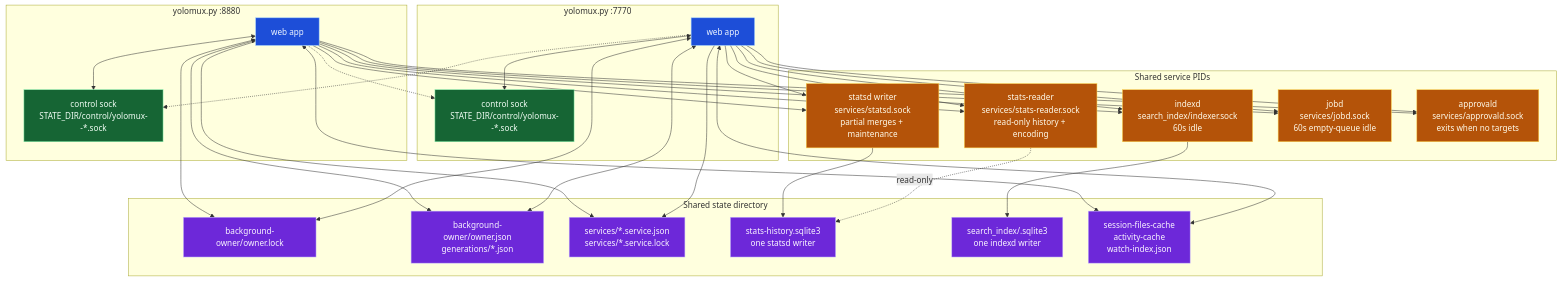
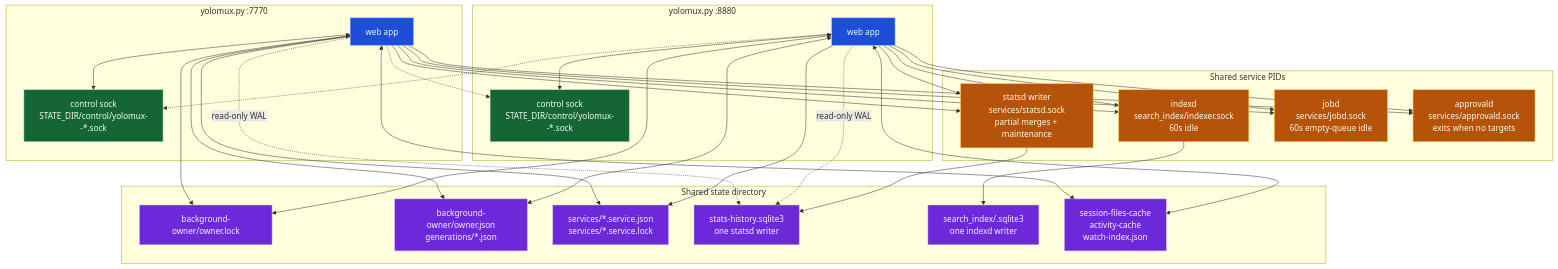
The third of 3 diagrams in README.md (keivenchang/yolomux), drawn with Mermaid before and after one commit. The commit also changed other lines of this file and 11 other files, not shown here.

````diff
--- a/README.md
+++ b/README.md
@@ -158,62 +156,60 @@
 ```mermaid
 flowchart TB
   subgraph p1["yolomux.py :8880"]
     app1["web app"]
     sock1["control sock\nSTATE_DIR/control/yolomux-<pid>-*.sock"]
   end
   subgraph p2["yolomux.py :7770"]
     app2["web app"]
     sock2["control sock\nSTATE_DIR/control/yolomux-<pid>-*.sock"]
   end
 
   subgraph state["Shared state directory"]
     ownerlock["background-owner/owner.lock"]
     ownerjson["background-owner/owner.json\ngenerations/*.json"]
     records["services/*.service.json\nservices/*.service.lock"]
     statsdb["stats-history.sqlite3\none statsd writer"]
     indexes["search_index/<digest>.sqlite3\none indexd writer"]
     caches["session-files-cache\nactivity-cache\nwatch-index.json"]
   end
   subgraph svc["Shared service PIDs"]
     statsd2["statsd writer\nservices/statsd.sock\npartial merges + maintenance"]
-    statsreader2["stats-reader\nservices/stats-reader.sock\nread-only history + encoding"]
     indexer["indexd\nsearch_index/indexer.sock\n60s idle"]
     jobd2["jobd\nservices/jobd.sock\n60s empty-queue idle"]
     approvald2["approvald\nservices/approvald.sock\nexits when no targets"]
   end
 
   app1 <--> sock1
   app2 <--> sock2
   app2 -.-> sock1
   app1 -.-> sock2
   app1 <--> ownerlock
   app1 <--> ownerjson
   app2 <--> ownerlock
   app2 <--> ownerjson
   app1 --> records
   app2 --> records
   app1 --> statsd2
   app2 --> statsd2
-  app1 --> statsreader2
-  app2 --> statsreader2
   app1 --> indexer
   app2 --> indexer
   app1 --> jobd2
   app2 --> jobd2
   app1 --> approvald2
   app2 --> approvald2
   statsd2 --> statsdb
-  statsreader2 -. read-only .-> statsdb
+  app1 -. read-only WAL .-> statsdb
+  app2 -. read-only WAL .-> statsdb
   indexer --> indexes
   app1 <--> caches
   app2 <--> caches
 
   classDef process fill:#1d4ed8,stroke:#93c5fd,color:#eff6ff
   classDef socket fill:#166534,stroke:#86efac,color:#f0fdf4
   classDef durable fill:#6d28d9,stroke:#c4b5fd,color:#faf5ff
   classDef localChild fill:#b45309,stroke:#fcd34d,color:#fffbeb
   class app1,app2 process
   class sock1,sock2 socket
   class ownerlock,ownerjson,records,statsdb,indexes,caches durable
-  class statsd2,statsreader2,indexer,jobd2,approvald2 localChild
+  class statsd2,indexer,jobd2,approvald2 localChild
 ```
````
